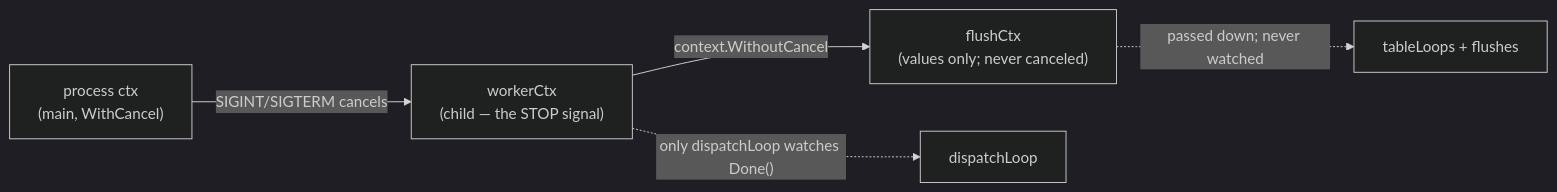
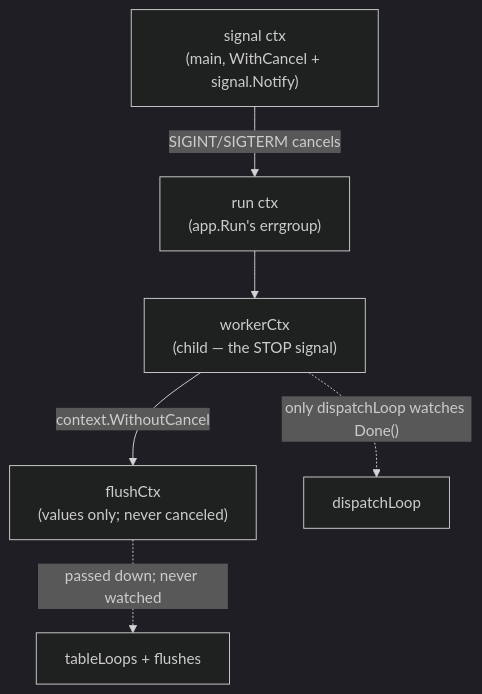
One commit to Wave-RF/WaveHouse changed the fifth of 8 diagrams in docs/src/content/docs/ingest-pipeline.md. Above: the diagram before and after it, drawn with Mermaid (dark theme). The commit also changed other lines of this file and 30 other files, not shown here.

First line of the commit message:
refactor(app): extract the process wiring from main.go into internal/app (#585)

````diff
--- a/docs/src/content/docs/ingest-pipeline.md
+++ b/docs/src/content/docs/ingest-pipeline.md
@@ -156,7 +156,8 @@
 ```mermaid
-flowchart LR
-    PC["process ctx<br/>(main, WithCancel)"] -->|"SIGINT/SIGTERM cancels"| WC["workerCtx<br/>(child — the STOP signal)"]
+flowchart TB
+    PC["signal ctx<br/>(main, WithCancel + signal.Notify)"] -->|"SIGINT/SIGTERM cancels"| RC["run ctx<br/>(app.Run's errgroup)"]
+    RC --> WC["workerCtx<br/>(child — the STOP signal)"]
     WC -->|"context.WithoutCancel"| FC["flushCtx<br/>(values only; never canceled)"]
     WC -.->|"only dispatchLoop watches Done()"| D[dispatchLoop]
     FC -.->|"passed down; never watched"| TL["tableLoops + flushes"]
 ```
````
